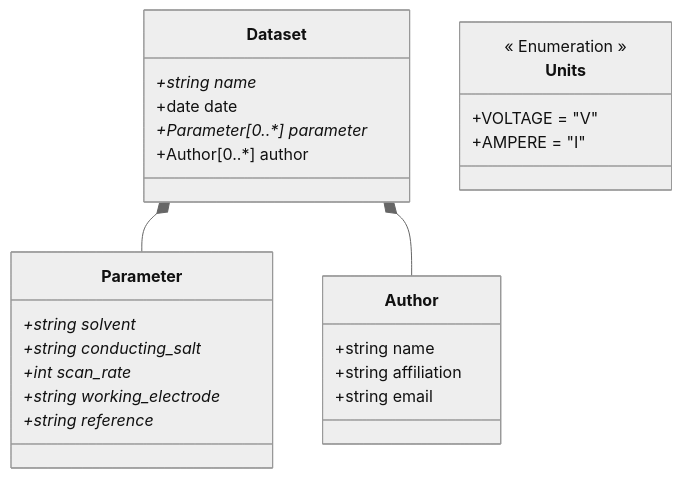
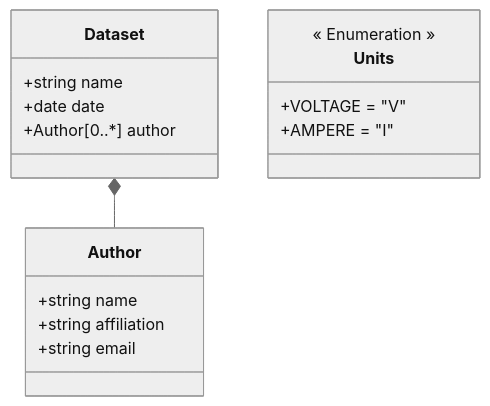
Before and after one commit to FAIRChemistry/datamodel-electrochemistry: the diagram in ElectrochemistryDataModel/schemes/Datamodel for Electrochemistry.md, drawn with Mermaid (neutral theme). The commit also changed 4 other files, not shown here.

````diff
--- a/ElectrochemistryDataModel/schemes/Datamodel for Electrochemistry.md
+++ b/ElectrochemistryDataModel/schemes/Datamodel for Electrochemistry.md
@@ -1,33 +1,23 @@
 ```mermaid
 classDiagram
-    Dataset *-- Parameter
     Dataset *-- Author
     
     class Dataset {
-        +string name*
+        +string name
         +date date
-        +Parameter[0..*] parameter*
         +Author[0..*] author
     }
     
     class Author {
         +string name
         +string affiliation
         +string email
     }
     
-    class Parameter {
-        +string solvent*
-        +string conducting_salt*
-        +int scan_rate*
-        +string working_electrode*
-        +string reference*
-    }
-    
     class Units {
         << Enumeration >>
         +VOLTAGE = "V"
         +AMPERE = "I"
     }
     
 ```
````
